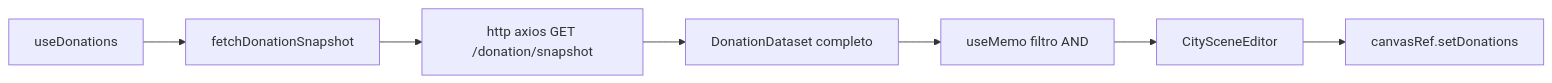
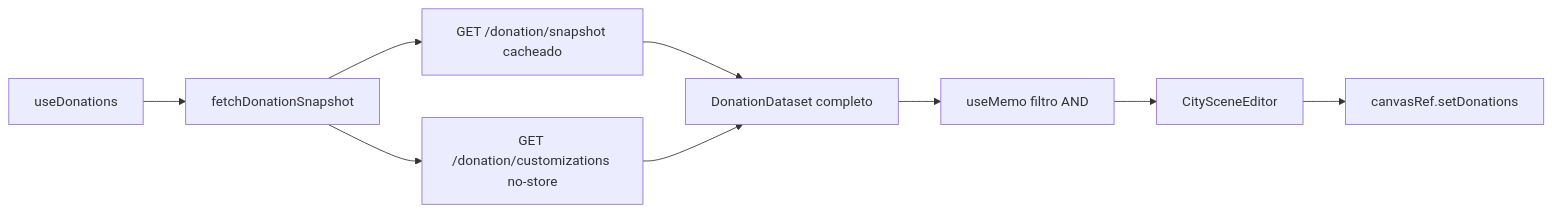
The diagram in doc/api/donation-api.md (RaeII/cidoa), drawn with Mermaid before and after one commit. The commit also changed other lines of this file and 12 other files, not shown here.

````diff
--- a/doc/api/donation-api.md
+++ b/doc/api/donation-api.md
@@ -67,9 +69,11 @@
 ```mermaid
 flowchart LR
     Hook[useDonations] --> Fetch[fetchDonationSnapshot]
-    Fetch --> HTTP[http axios GET /donation/snapshot]
-    HTTP --> DS[DonationDataset completo]
+    Fetch --> Snapshot[GET /donation/snapshot cacheado]
+    Fetch --> Current[GET /donation/customizations no-store]
+    Snapshot --> DS[DonationDataset completo]
+    Current --> DS
     DS --> Filter[useMemo filtro AND]
     Filter --> Editor[CitySceneEditor]
     Editor --> Canvas[canvasRef.setDonations]
 ```
````
